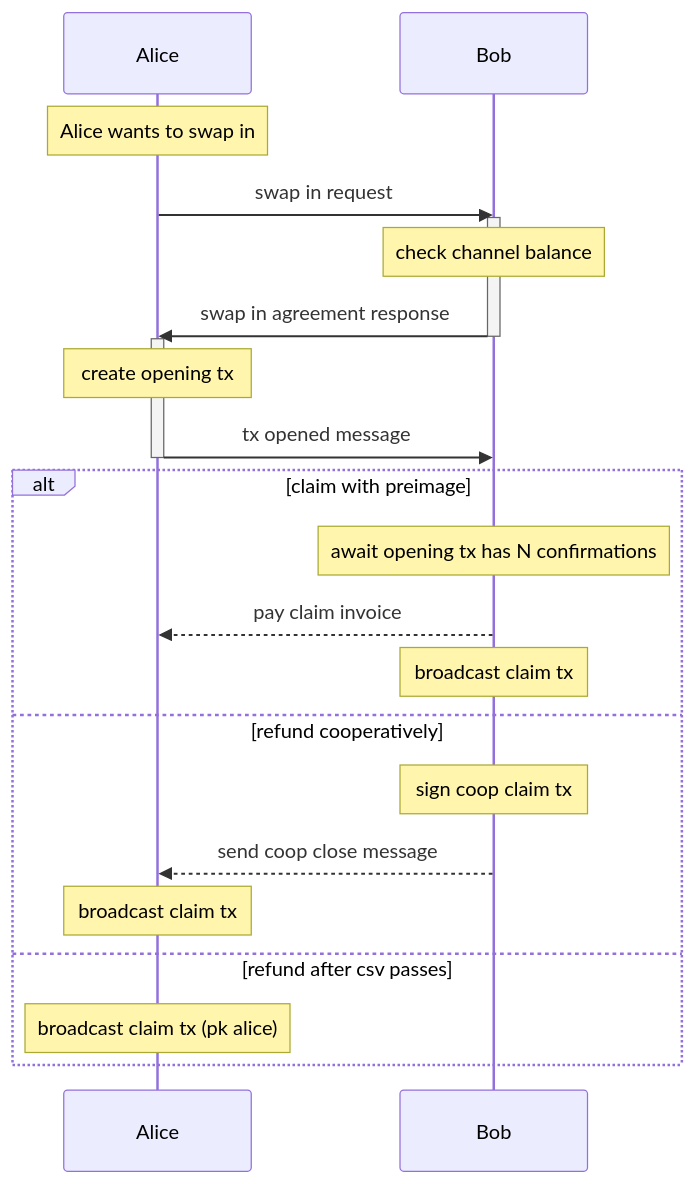
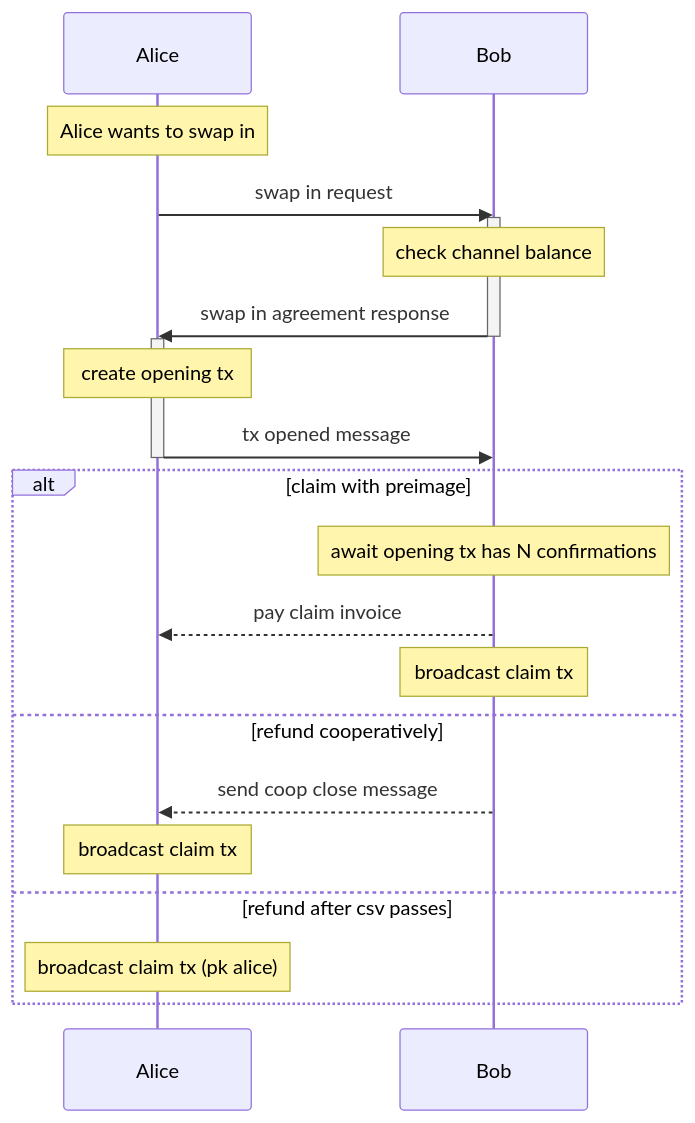
One commit to ElementsProject/peerswap changed the diagram in docs/mmd/swap-in-sequence.md. Above: the diagram before and after it, drawn with Mermaid. The commit also changed 1 other file, not shown here.

Commit message:
docs: Deleted sign coop claim tx [skip ci]
the coop_close message contains the key
so that the maker can construct the claim_tx himself.

````diff
--- a/docs/mmd/swap-in-sequence.md
+++ b/docs/mmd/swap-in-sequence.md
@@ -1,28 +1,27 @@
 ```mermaid
 sequenceDiagram
 participant A as Alice
 participant B as Bob
 
 Note over A: Alice wants to swap in
 
 A->>B: swap in request
 activate B
 Note over B: check channel balance
 B->>A: swap in agreement response
 deactivate B
 activate A
 Note over A: create opening tx
 A->>B: tx opened message
 deactivate A
 alt claim with preimage
 Note over B: await opening tx has N confirmations
 B-->>A: pay claim invoice
 Note over B: broadcast claim tx
 else refund cooperatively
-Note over B: sign coop claim tx
 B-->>A: send coop close message
 Note over A: broadcast claim tx
 else refund after csv passes
 Note over A: broadcast claim tx (pk alice)
 end
 ```
````
